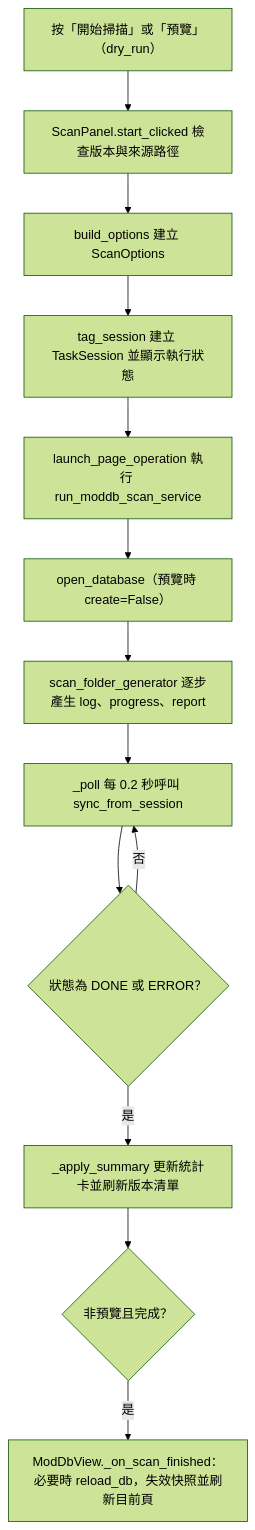
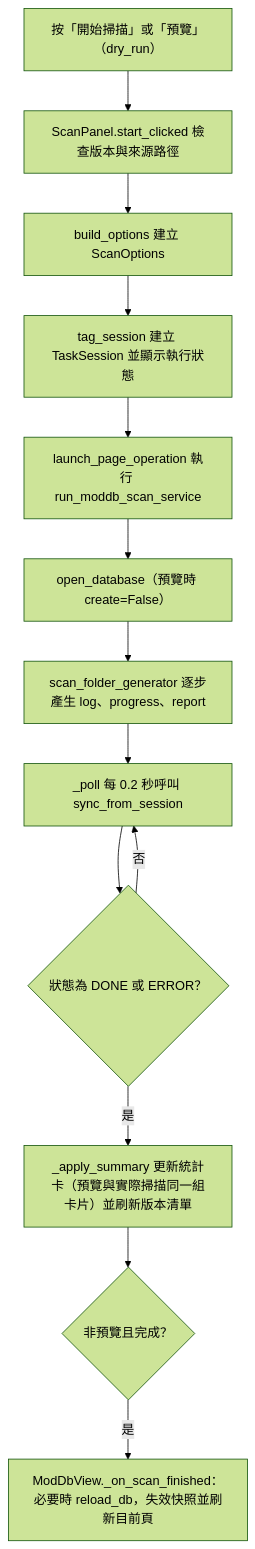
The second of 8 diagrams in docs/page_flows/moddb.md (jlin53882/Minecraft-translate), drawn with Mermaid (forest theme) before and after one commit. The commit also changed other lines of this file and 251 other files, not shown here.

First line of the commit message:
perf: 85 萬筆 Mod 資料庫與 2000 模組的效能修正、圖示準確度、替換規則清理、預覽與執行 KPI 一致化 (#217)

````diff
--- a/docs/page_flows/moddb.md
+++ b/docs/page_flows/moddb.md
@@ -51,15 +53,15 @@
 ```mermaid
 flowchart TD
     A["按「開始掃描」或「預覽」（dry_run）"] --> B["ScanPanel.start_clicked 檢查版本與來源路徑"]
     B --> C["build_options 建立 ScanOptions"]
     C --> D["tag_session 建立 TaskSession 並顯示執行狀態"]
     D --> E["launch_page_operation 執行 run_moddb_scan_service"]
     E --> F["open_database（預覽時 create=False）"]
     F --> G["scan_folder_generator 逐步產生 log、progress、report"]
     G --> H["_poll 每 0.2 秒呼叫 sync_from_session"]
     H --> I{"狀態為 DONE 或 ERROR？"}
     I -- 否 --> H
-    I -- 是 --> J["_apply_summary 更新統計卡並刷新版本清單"]
+    I -- 是 --> J["_apply_summary 更新統計卡（預覽與實際掃描同一組卡片）並刷新版本清單"]
     J --> K{"非預覽且完成？"}
     K -- 是 --> L["ModDbView._on_scan_finished：必要時 reload_db，失效快照並刷新目前頁"]
 ```
````
